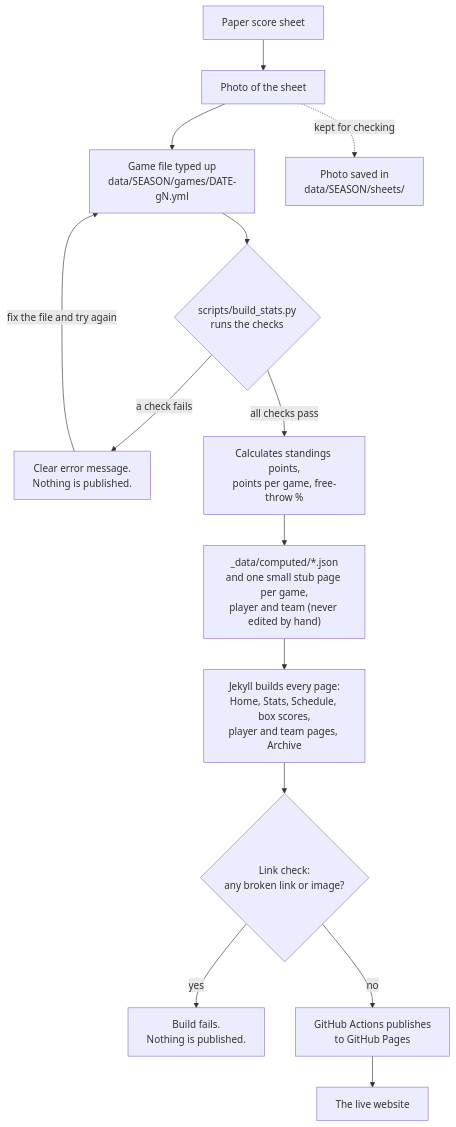
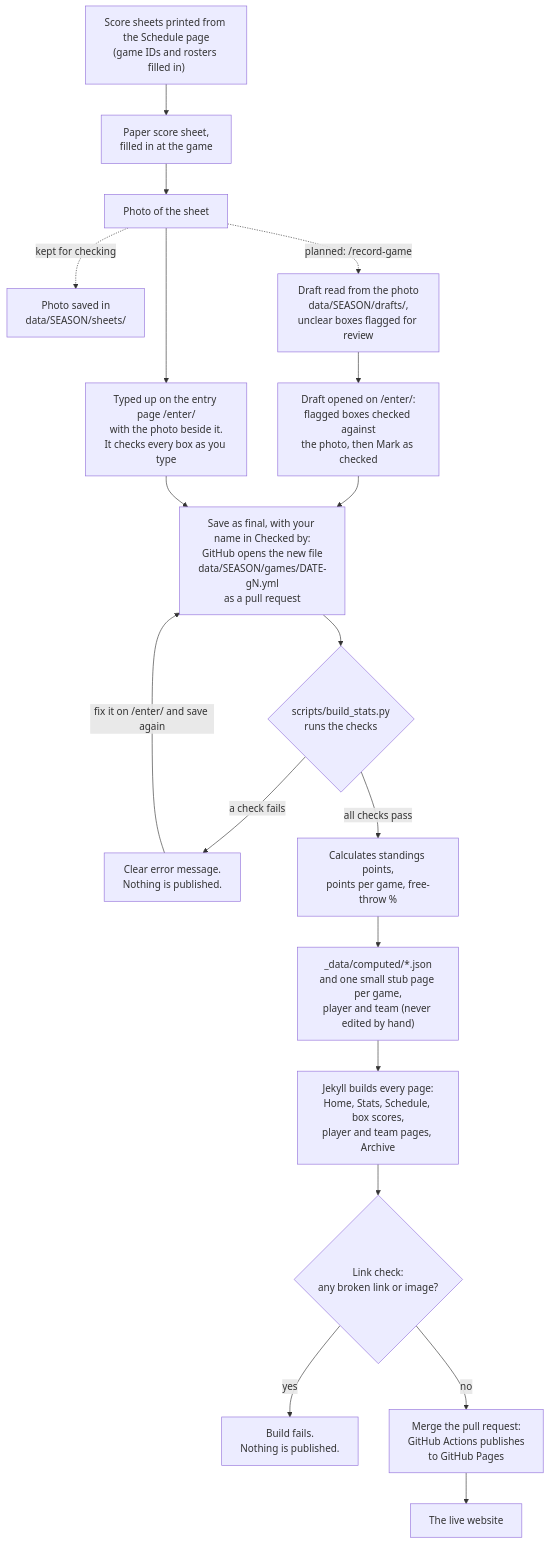
Before and after one commit to tb-masters-basketball/website: the diagram in docs/stats-workflow.md, drawn with Mermaid. The commit also changed other lines of this file and 23 other files, not shown here.

````diff
--- a/docs/stats-workflow.md
+++ b/docs/stats-workflow.md
@@ -24,16 +29,21 @@
 ```mermaid
 flowchart TD
-    A["Paper score sheet"] --> B["Photo of the sheet"]
-    B --> C["Game file typed up<br/>data/SEASON/games/DATE-gN.yml"]
+    S["Score sheets printed from the Schedule page<br/>(game IDs and rosters filled in)"] --> A["Paper score sheet,<br/>filled in at the game"]
+    A --> B["Photo of the sheet"]
     B -. "kept for checking" .-> P["Photo saved in<br/>data/SEASON/sheets/"]
-    C --> D{"scripts/build_stats.py<br/>runs the checks"}
+    B --> C["Typed up on the entry page /enter/<br/>with the photo beside it.<br/>It checks every box as you type"]
+    B -. "planned: /record-game" .-> R["Draft read from the photo<br/>data/SEASON/drafts/,<br/>unclear boxes flagged for review"]
+    R --> K["Draft opened on /enter/:<br/>flagged boxes checked against<br/>the photo, then Mark as checked"]
+    K --> V
+    C --> V["Save as final, with your name in Checked by:<br/>GitHub opens the new file<br/>data/SEASON/games/DATE-gN.yml<br/>as a pull request"]
+    V --> D{"scripts/build_stats.py<br/>runs the checks"}
     D -- "a check fails" --> E["Clear error message.<br/>Nothing is published."]
-    E -- "fix the file and try again" --> C
+    E -- "fix it on /enter/ and save again" --> V
     D -- "all checks pass" --> F["Calculates standings points,<br/>points per game, free-throw %"]
     F --> G["_data/computed/*.json<br/>and one small stub page per game,<br/>player and team (never edited by hand)"]
     G --> H["Jekyll builds every page:<br/>Home, Stats, Schedule, box scores,<br/>player and team pages, Archive"]
     H --> L{"Link check:<br/>any broken link or image?"}
     L -- "yes" --> E2["Build fails.<br/>Nothing is published."]
-    L -- "no" --> I["GitHub Actions publishes<br/>to GitHub Pages"]
+    L -- "no" --> I["Merge the pull request:<br/>GitHub Actions publishes<br/>to GitHub Pages"]
     I --> J["The live website"]
 ```
````
